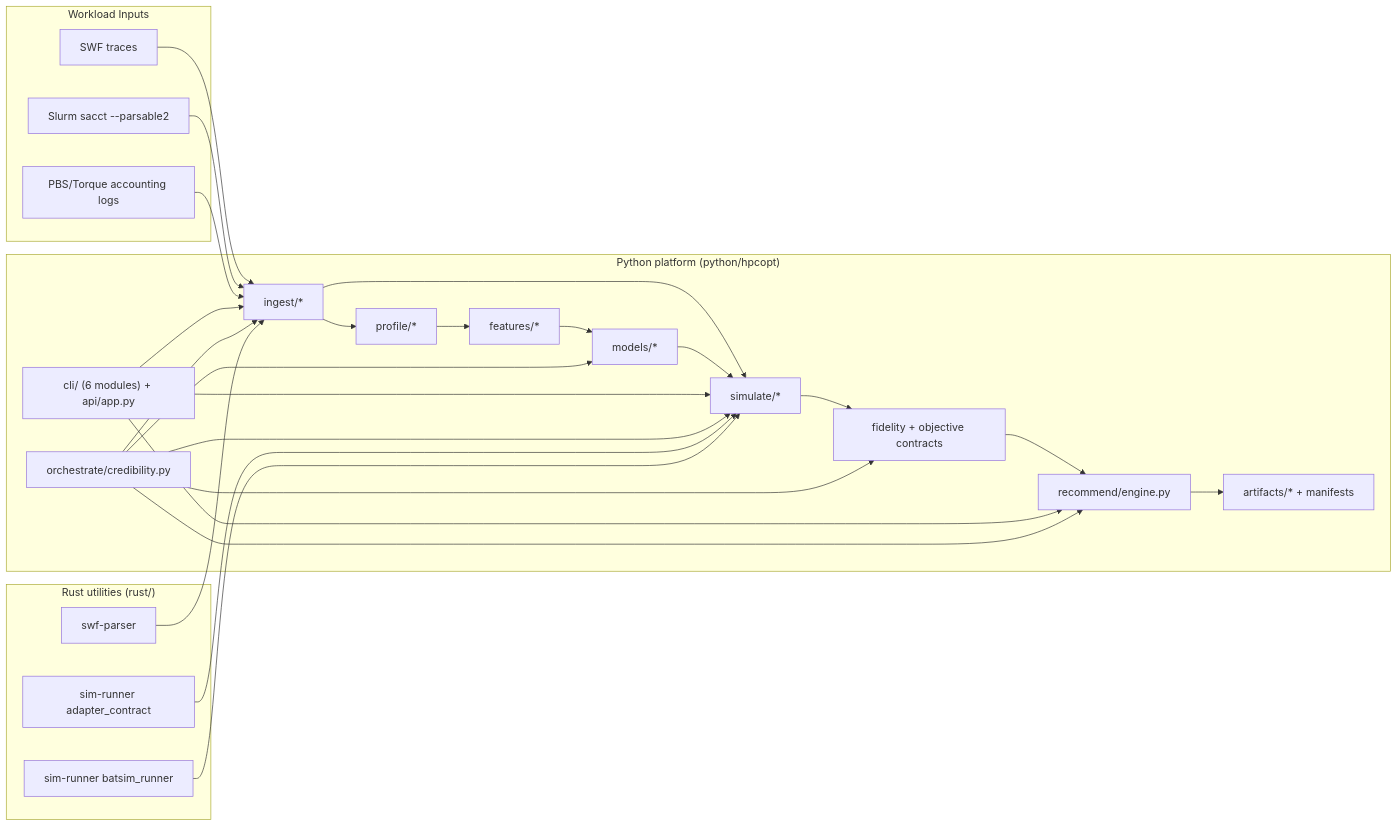
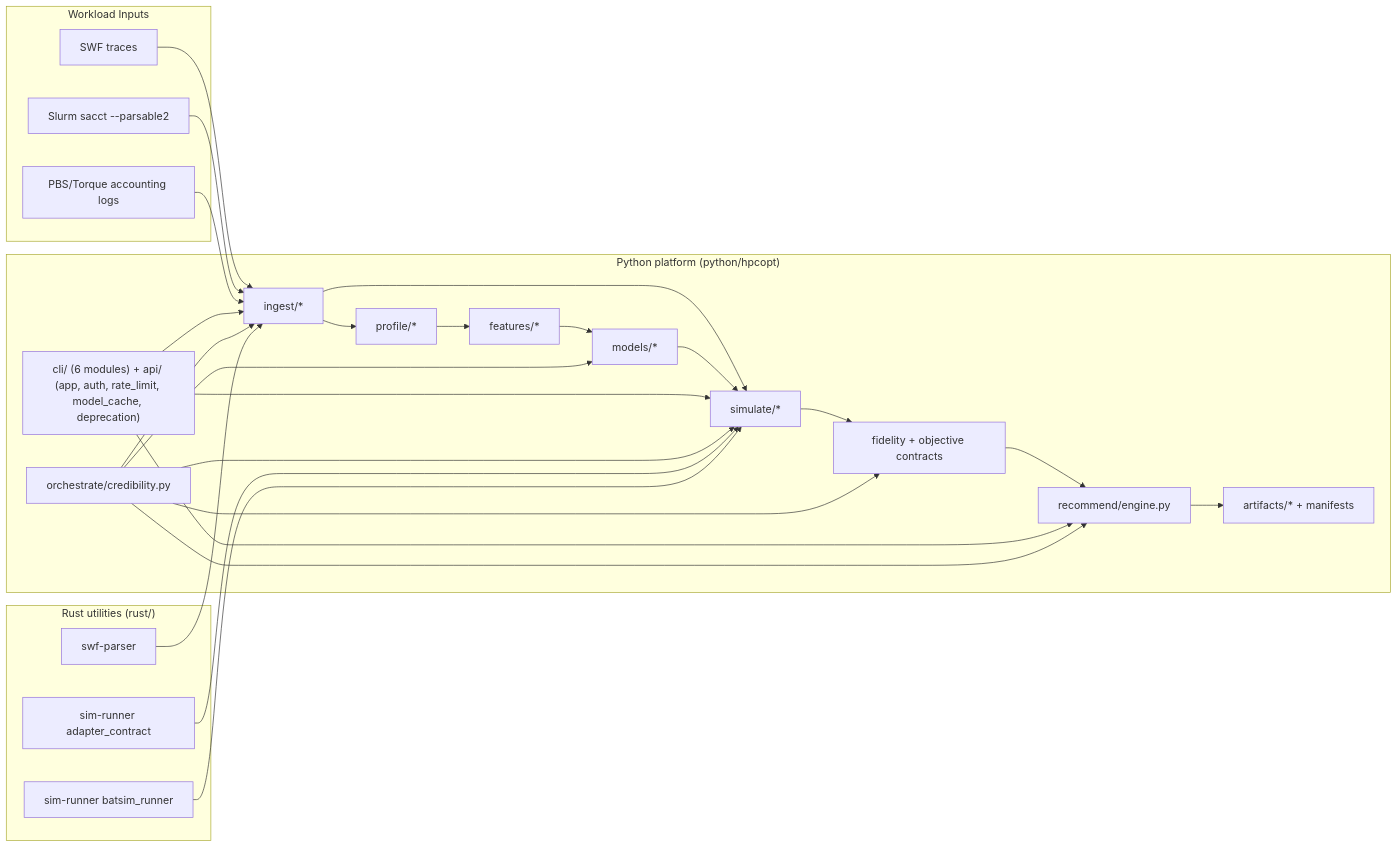
Before and after one commit to ErenAri/HCP-workload-optimizer: the first of 8 diagrams in README.md, drawn with Mermaid. The commit also changed other lines of this file and 24 other files, not shown here.

````diff
--- a/README.md
+++ b/README.md
@@ -125,45 +127,45 @@
 ```mermaid
 flowchart LR
   subgraph Inputs["Workload Inputs"]
     SWF["SWF traces"]
     SLURM["Slurm sacct --parsable2"]
     PBS["PBS/Torque accounting logs"]
   end
 
   subgraph Py["Python platform (python/hpcopt)"]
     ING["ingest/*"]
     PROF["profile/*"]
     FEAT["features/*"]
     MOD["models/*"]
     SIM["simulate/*"]
     FID["fidelity + objective contracts"]
     REC["recommend/engine.py"]
     ART["artifacts/* + manifests"]
-    IFACE["cli/ (6 modules) + api/app.py"]
+    IFACE["cli/ (6 modules) + api/ (app, auth, rate_limit, model_cache, deprecation)"]
     ORCH["orchestrate/credibility.py"]
   end
 
   subgraph Rs["Rust utilities (rust/)"]
     RSWF["swf-parser"]
     RADAPT["sim-runner adapter_contract"]
     RBAT["sim-runner batsim_runner"]
   end
 
   SWF --> ING
   SLURM --> ING
   PBS --> ING
   ING --> PROF --> FEAT --> MOD
   ING --> SIM
   MOD --> SIM --> FID --> REC --> ART
   IFACE --> ING
   IFACE --> SIM
   IFACE --> REC
   ORCH --> ING
   ORCH --> MOD
   ORCH --> SIM
   ORCH --> FID
   ORCH --> REC
   RSWF --> ING
   RADAPT --> SIM
   RBAT --> SIM
 ```
````
